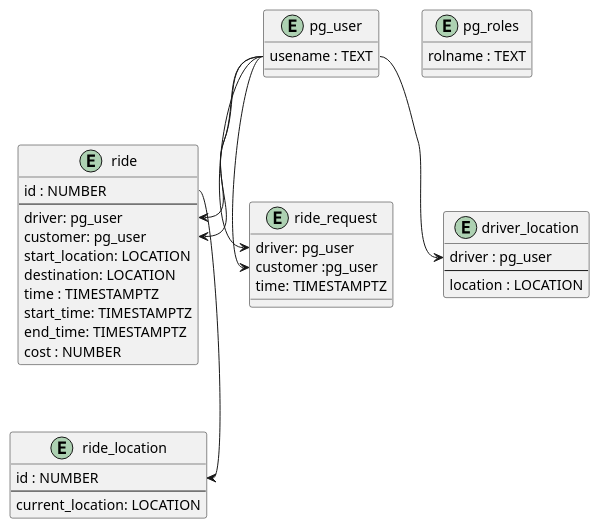
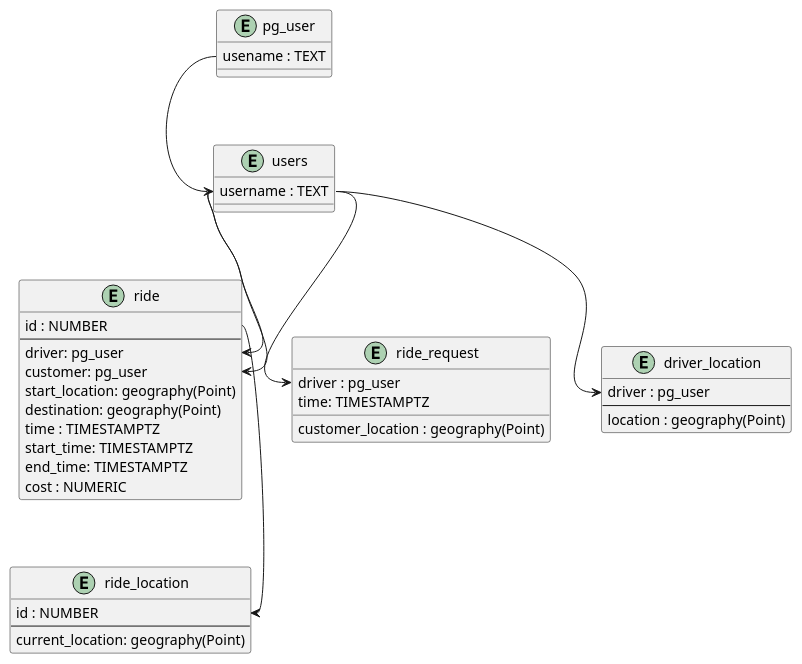
The diagram in README.org (gukiboy/uber-in-postgres), drawn with PlantUML before and after one commit. The commit also changed other lines of this file, not shown here.

```diff
--- a/README.org
+++ b/README.org
@@ -21,47 +21,47 @@
 #+begin_src plantuml :file model.png
 entity pg_user {
 usename : TEXT
 }
 
-entity pg_roles {
-rolname : TEXT
+entity users {
+username : TEXT
 }
 
 entity ride {
 id : NUMBER
 --
 driver: pg_user
 customer: pg_user
-start_location: LOCATION
-destination: LOCATION
+start_location: geography(Point)
+destination: geography(Point)
 time : TIMESTAMPTZ
 start_time: TIMESTAMPTZ
 end_time: TIMESTAMPTZ
-cost : NUMBER
+cost : NUMERIC
 }
 
 entity ride_request {
-driver: pg_user
-customer :pg_user
+driver : pg_user
+customer_location : geography(Point)
 time: TIMESTAMPTZ
 }
 
 entity driver_location {
 driver : pg_user
 --
-location : LOCATION
+location : geography(Point)
 }
 
 entity ride_location {
 id : NUMBER
 --
-current_location: LOCATION
+current_location: geography(Point)
 }
 
-pg_user::usename --> ride::customer
-pg_user::usename --> ride::driver
+pg_user::usename --> users::username
+users::username --> ride::customer
+users::username --> ride::driver
 ride::id --> ride_location::id
-pg_user::usename --> driver_location::driver
-pg_user::usename --> ride_request::driver
-pg_user::usename --> ride_request::customer
+users::username --> driver_location::driver
+users::username --> ride_request::driver
 #+end_src
```
